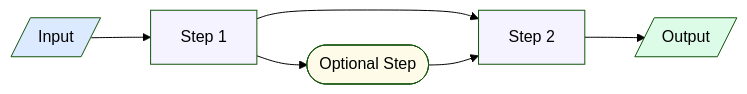
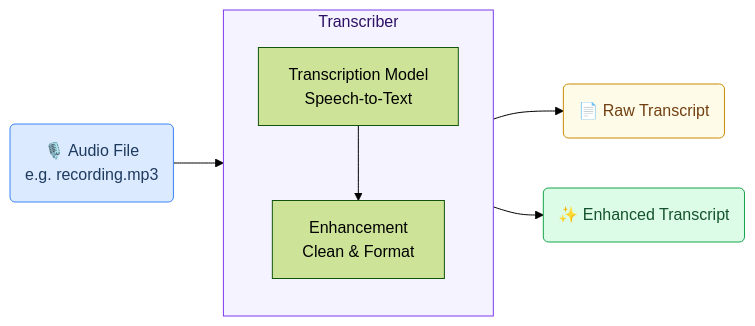
Before and after one commit to GAIK-project/gaik-toolkit: the second of 4 diagrams in .claude/skills/create-usecase-description/references/mermaid-guide.md, drawn with Mermaid (forest theme). The commit also changed other lines of this file and 7 other files, not shown here.

````diff
--- a/.claude/skills/create-usecase-description/references/mermaid-guide.md
+++ b/.claude/skills/create-usecase-description/references/mermaid-guide.md
@@ -72,14 +101,19 @@
 ```mermaid
-graph LR
-  A[/"Input"/] --> B["Step 1"]
-  B --> C(["Optional Step"])
-  B --> D["Step 2"]
-  C --> D
-  D --> E[/"Output"/]
+flowchart LR
+    A("🎙️ Audio File<br/>e.g. recording.mp3") --> B
 
-  style A fill:#dbeafe
-  style B fill:#f5f3ff
-  style C fill:#fefce8
-  style D fill:#f5f3ff
-  style E fill:#dcfce7
+    subgraph B["Transcriber"]
+        direction TB
+        W["Transcription Model<br/>Speech-to-Text"]
+        G["Enhancement<br/>Clean & Format"]
+        W --> G
+    end
+
+    B --> C("📄 Raw Transcript")
+    B --> D("✨ Enhanced Transcript")
+
+    style A fill:#dbeafe,stroke:#3b82f6,color:#1e3a5f
+    style C fill:#fefce8,stroke:#ca8a04,color:#713f12
+    style D fill:#dcfce7,stroke:#16a34a,color:#14532d
+    style B fill:#f5f3ff,stroke:#7c3aed,color:#2e1065
 ```
````
